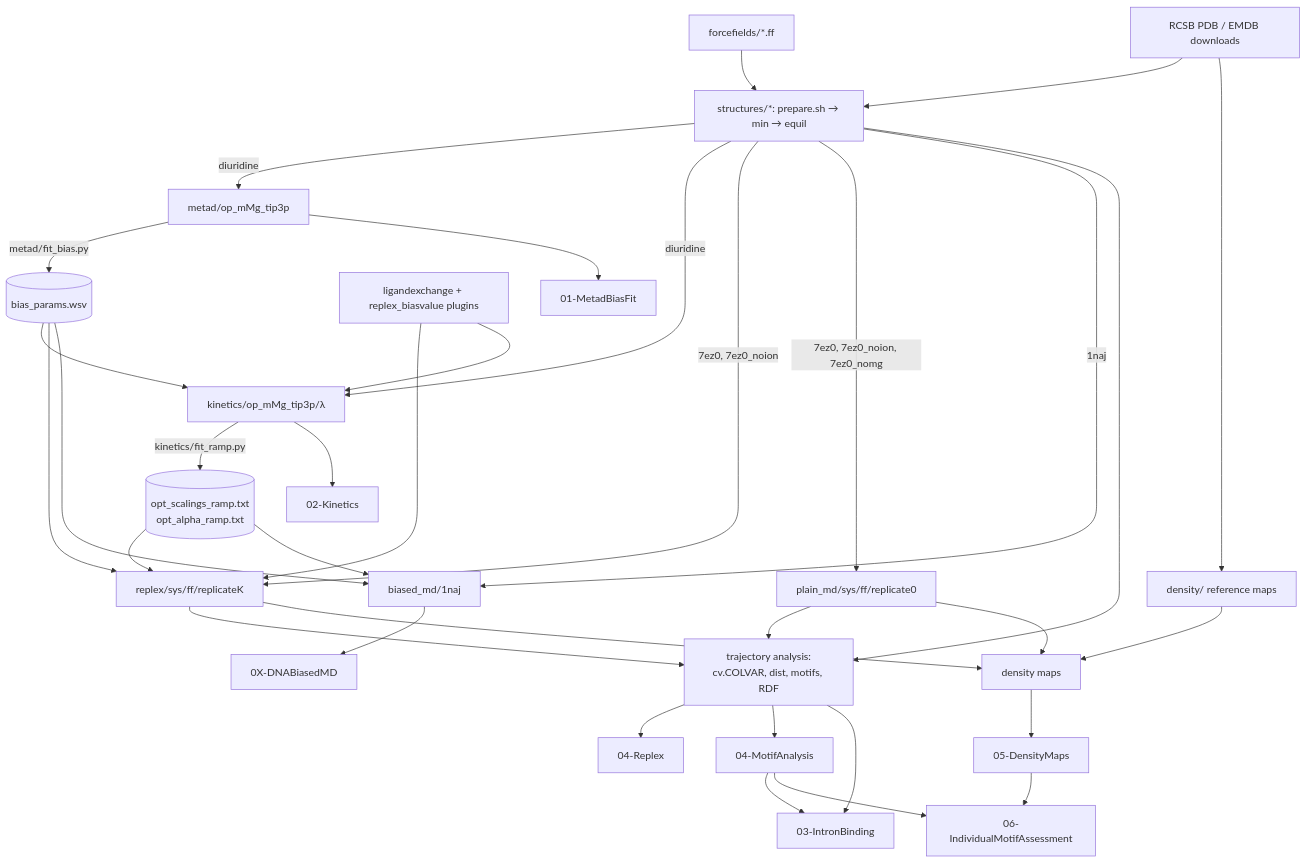
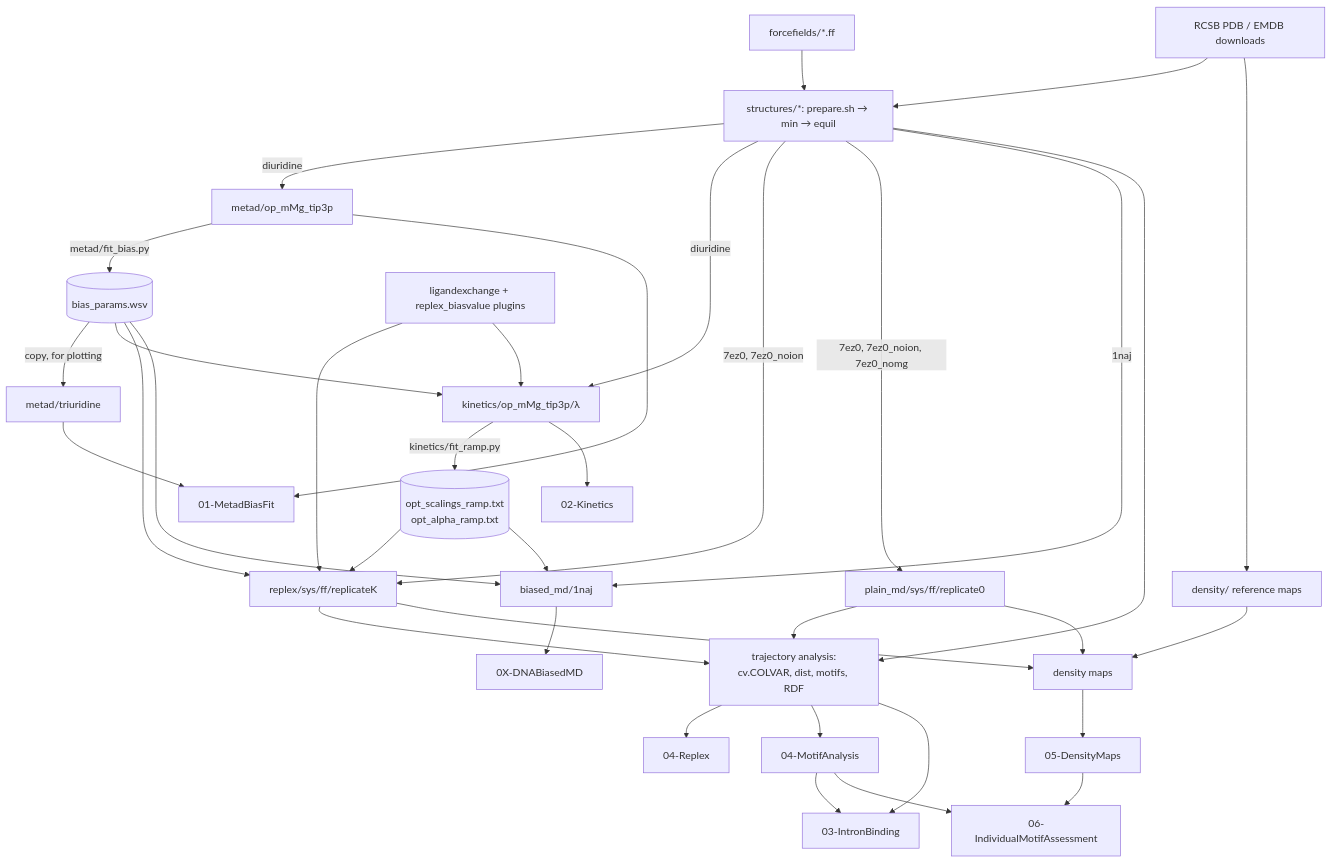
The diagram in PIPELINE.md (ollyfutur/mg_sampling), drawn with Mermaid before and after one commit. The commit also changed other lines of this file and 19 other files, not shown here.

````diff
--- a/PIPELINE.md
+++ b/PIPELINE.md
@@ -13,40 +13,42 @@
 ```mermaid
 flowchart TD
   FF[forcefields/*.ff] --> PREP
   PDB[RCSB PDB / EMDB downloads] --> PREP[structures/*: prepare.sh → min → equil]
   PDB --> EM[density/ reference maps]
 
   PREP -->|diuridine| METAD[metad/op_mMg_tip3p]
   METAD -->|metad/fit_bias.py| BP[(bias_params.wsv)]
+  BP -->|copy, for plotting| METAD3[metad/triuridine]
   BP --> KIN[kinetics/op_mMg_tip3p/λ]
   PREP -->|diuridine| KIN
   KIN -->|kinetics/fit_ramp.py| OPT[(opt_scalings_ramp.txt<br/>opt_alpha_ramp.txt)]
 
   PREP -->|7ez0, 7ez0_noion| REPLEX[replex/sys/ff/replicateK]
   BP --> REPLEX
   OPT --> REPLEX
   PLUG[ligandexchange + replex_biasvalue plugins] --> REPLEX
   PLUG --> KIN
   PREP -->|7ez0, 7ez0_noion, 7ez0_nomg| PLAIN[plain_md/sys/ff/replicate0]
   PREP -->|1naj| BMD[biased_md/1naj]
   BP --> BMD
   OPT --> BMD
 
   REPLEX --> ANA[trajectory analysis:<br/>cv.COLVAR, dist, motifs, RDF]
   PLAIN --> ANA
   PREP --> ANA
   REPLEX --> DENS[density maps]
   PLAIN --> DENS
   EM --> DENS
 
   METAD --> NB01[01-MetadBiasFit]
+  METAD3 --> NB01
   KIN --> NB02[02-Kinetics]
   ANA --> NB04R[04-Replex]
   ANA --> NB04M[04-MotifAnalysis]
   NB04M --> NB03[03-IntronBinding]
   ANA --> NB03
   DENS --> NB05[05-DensityMaps]
   NB05 --> NB06[06-IndividualMotifAssessment]
   NB04M --> NB06
   BMD --> NB0X[0X-DNABiasedMD]
 ```
````
